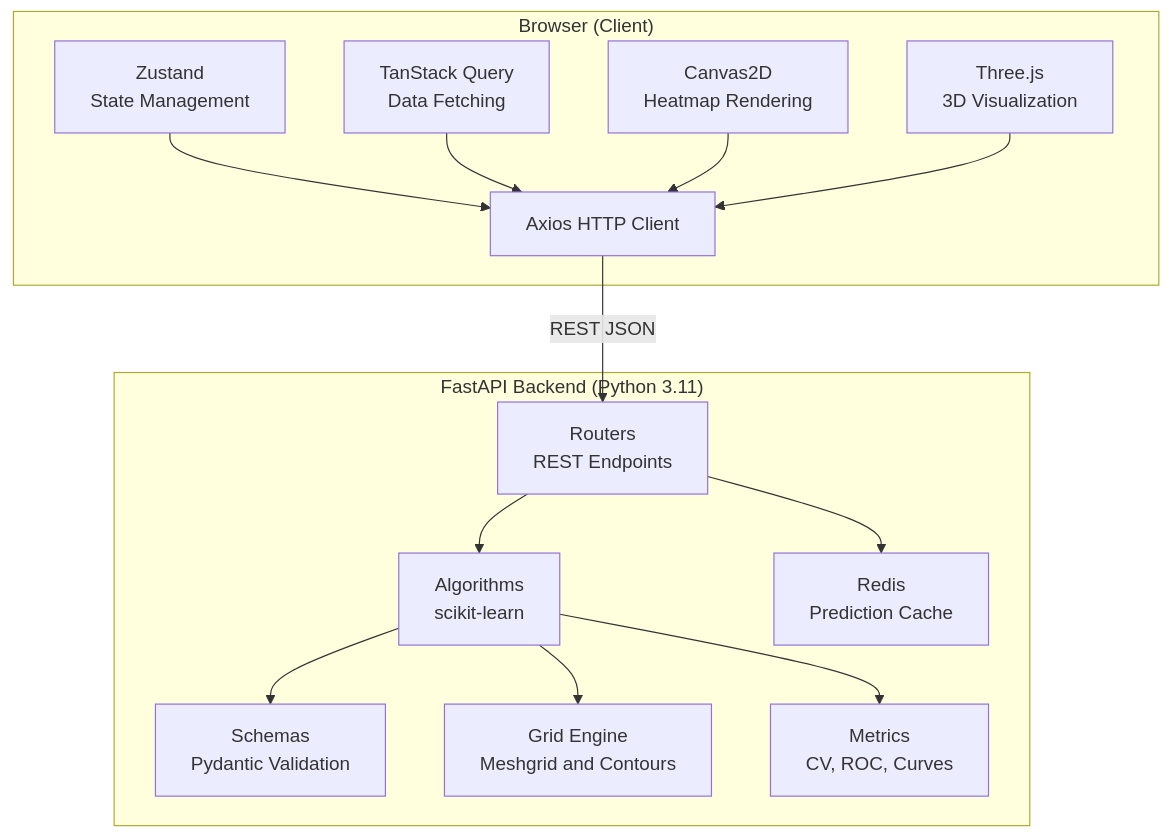
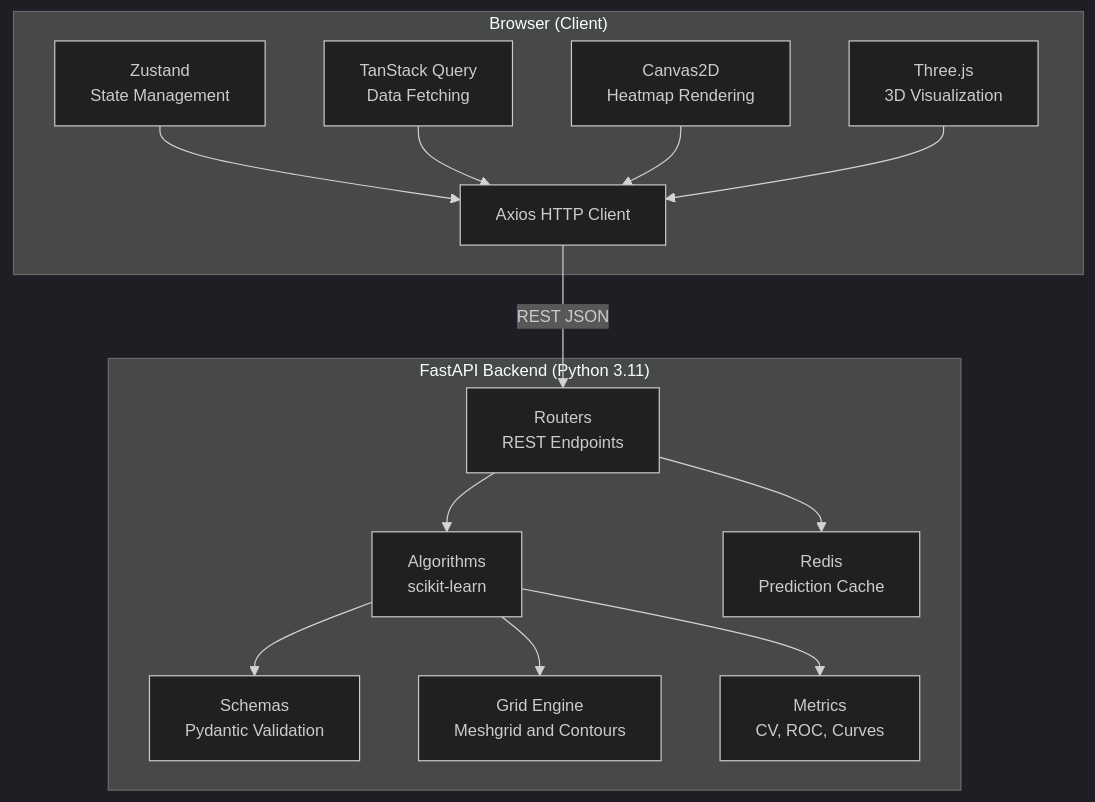
The first of 3 diagrams in README.md (mahirmlk/Confluence), drawn with Mermaid before and after one commit. The commit also changed other lines of this file, not shown here.

Commit message:
docs(readme): add dark theme to Mermaid diagrams for consistency

````diff
--- a/README.md
+++ b/README.md
@@ -206,30 +206,31 @@
 ```mermaid
+%%{init: {'theme': 'dark', 'themeVariables': { 'fontSize': '14px'}}}%%
 graph TB
     subgraph Browser["Browser (Client)"]
         Z["Zustand<br/>State Management"]
         TQ["TanStack Query<br/>Data Fetching"]
         C2D["Canvas2D<br/>Heatmap Rendering"]
         TJS["Three.js<br/>3D Visualization"]
         AX["Axios HTTP Client"]
     end
 
     subgraph Backend["FastAPI Backend (Python 3.11)"]
         R["Routers<br/>REST Endpoints"]
         AL["Algorithms<br/>scikit-learn"]
         SC["Schemas<br/>Pydantic Validation"]
         GE["Grid Engine<br/>Meshgrid and Contours"]
         M["Metrics<br/>CV, ROC, Curves"]
         RD["Redis<br/>Prediction Cache"]
     end
 
     Z --> AX
     TQ --> AX
     C2D --> AX
     TJS --> AX
     AX -->|"REST JSON"| R
     R --> AL
     AL --> SC
     AL --> GE
     AL --> M
     R --> RD
 ```
````
